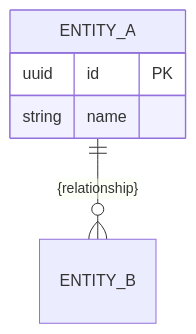
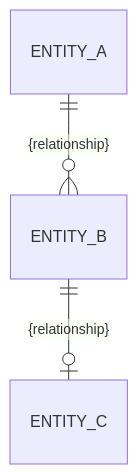
Before and after one commit to bmad-code-org/BMAD-METHOD: the third of 3 diagrams in src/bmm-skills/3-solutioning/bmad-architecture/assets/spine-template.md, drawn with Mermaid. The commit also changed other lines of this file and 9 other files, not shown here.

First line of the commit message:
bmad-architecture: review fixes — shared memlog, epic altitude, lint hardening

````diff
--- a/src/bmm-skills/3-solutioning/bmad-architecture/assets/spine-template.md
+++ b/src/bmm-skills/3-solutioning/bmad-architecture/assets/spine-template.md
@@ -87,8 +106,5 @@
 ```mermaid
 erDiagram
   ENTITY_A ||--o{ ENTITY_B : "{relationship}"
-  ENTITY_A {
-    uuid id PK
-    string name
-  }
+  ENTITY_B ||--o| ENTITY_C : "{relationship}"
 ```
````
